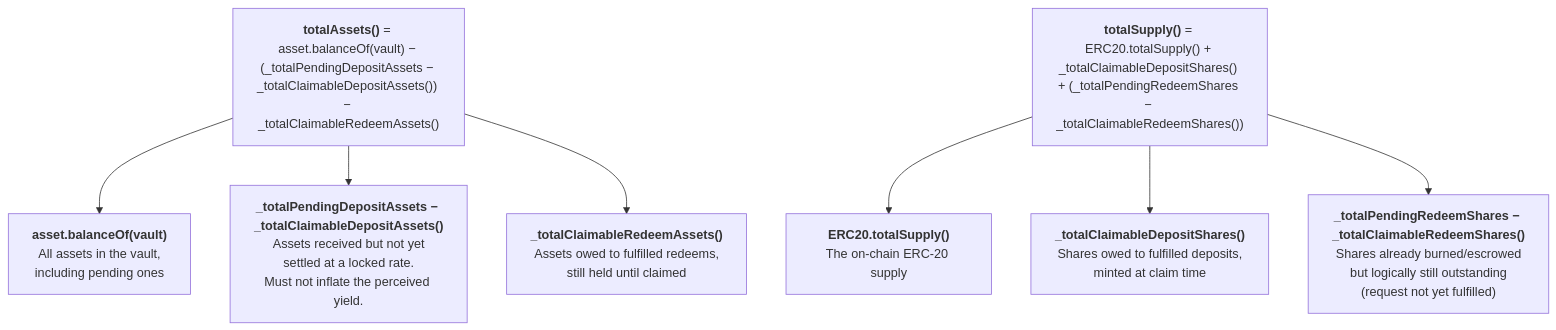
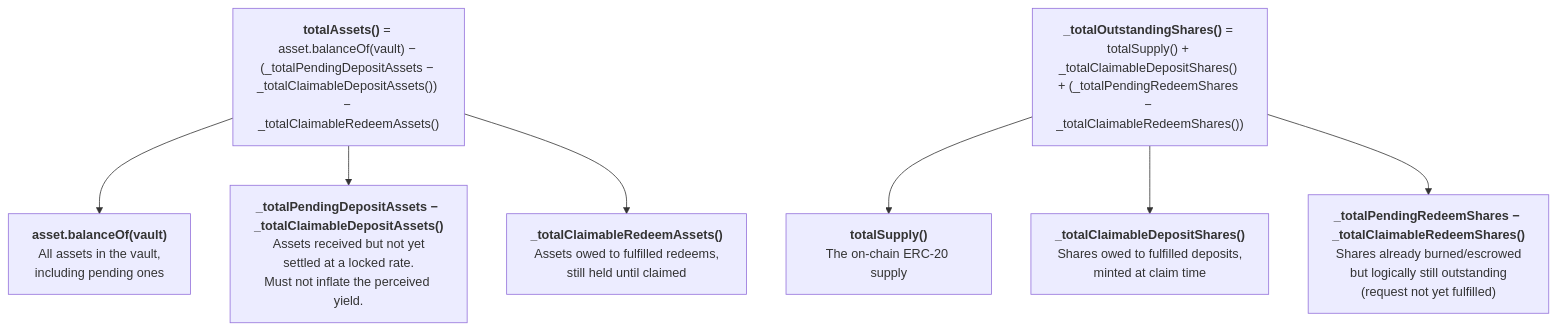
Before and after one commit to OpenZeppelin/openzeppelin-community-contracts: the fifth of 5 diagrams in docs/modules/ROOT/pages/erc7540.adoc, drawn with Mermaid. The commit also changed other lines of this file and 6 other files, not shown here.

First line of the commit message:
ERC7540: keep totalSupply equal to the sum of ERC-20 balances

````diff
--- a/docs/modules/ROOT/pages/erc7540.adoc
+++ b/docs/modules/ROOT/pages/erc7540.adoc
@@ -513,12 +513,12 @@
 ```mermaid
 flowchart TD
     TA["<b>totalAssets()</b> = asset.balanceOf(vault) − (_totalPendingDepositAssets − _totalClaimableDepositAssets()) − _totalClaimableRedeemAssets()"]
     TA --> TA1["<b>asset.balanceOf(vault)</b><br/>All assets in the vault,<br/>including pending ones"]
     TA --> TA2["<b>_totalPendingDepositAssets − _totalClaimableDepositAssets()</b><br/>Assets received but not yet<br/>settled at a locked rate.<br/>Must not inflate the perceived yield."]
     TA --> TA3["<b>_totalClaimableRedeemAssets()</b><br/>Assets owed to fulfilled redeems,<br/>still held until claimed"]
 
-    TS["<b>totalSupply()</b> = ERC20.totalSupply() + _totalClaimableDepositShares() + (_totalPendingRedeemShares − _totalClaimableRedeemShares())"]
-    TS --> TS1["<b>ERC20.totalSupply()</b><br/>The on-chain ERC-20 supply"]
+    TS["<b>_totalOutstandingShares()</b> = totalSupply() + _totalClaimableDepositShares() + (_totalPendingRedeemShares − _totalClaimableRedeemShares())"]
+    TS --> TS1["<b>totalSupply()</b><br/>The on-chain ERC-20 supply"]
     TS --> TS2["<b>_totalClaimableDepositShares()</b><br/>Shares owed to fulfilled deposits,<br/>minted at claim time"]
     TS --> TS3["<b>_totalPendingRedeemShares − _totalClaimableRedeemShares()</b><br/>Shares already burned/escrowed<br/>but logically still outstanding<br/>(request not yet fulfilled)"]
 ```
````
